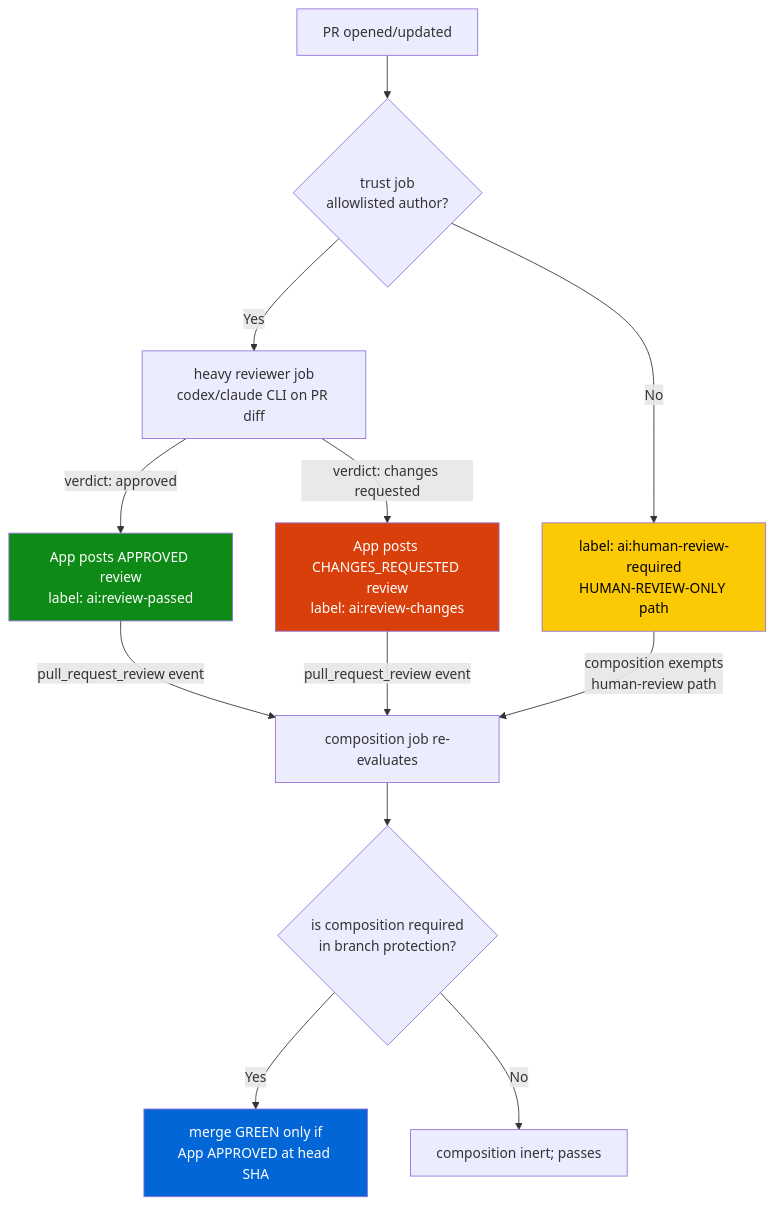
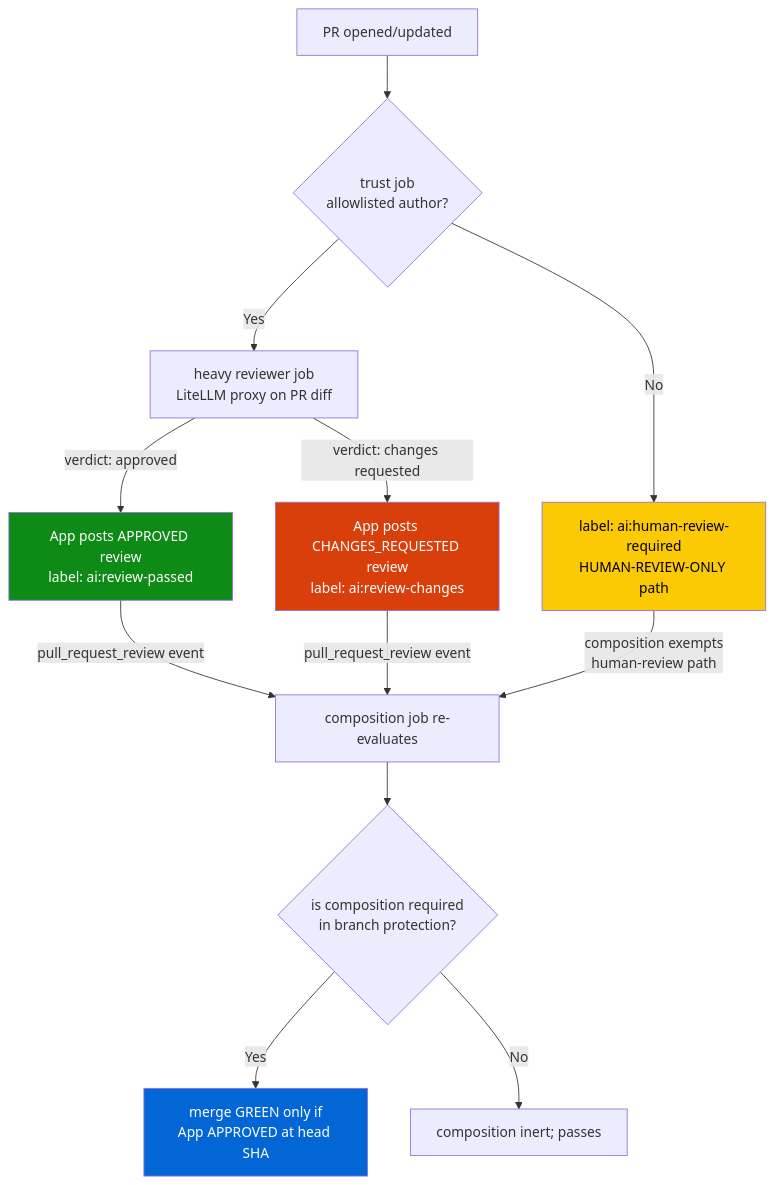
The diagram in docs/architecture.md (vladm3105/aidoc-flow-ci), drawn with Mermaid before and after one commit. The commit also changed other lines of this file and 62 other files, not shown here.

First line of the commit message:
feat: unify LiteLLM agents and CI runner contracts (#154)

````diff
--- a/docs/architecture.md
+++ b/docs/architecture.md
@@ -97,19 +97,19 @@
 ```mermaid
 flowchart TD
     PR[PR opened/updated] --> Trust{trust job<br/>allowlisted author?}
     Trust -->|No| Human[label: ai:human-review-required<br/>HUMAN-REVIEW-ONLY path]
-    Trust -->|Yes| Review[heavy reviewer job<br/>codex/claude CLI on PR diff]
+    Trust -->|Yes| Review[heavy reviewer job<br/>LiteLLM proxy on PR diff]
     Review -->|verdict: approved| Approve[App posts APPROVED review<br/>label: ai:review-passed]
     Review -->|verdict: changes requested| Changes[App posts CHANGES_REQUESTED review<br/>label: ai:review-changes]
     Approve -->|pull_request_review event| Comp[composition job re-evaluates]
     Changes -->|pull_request_review event| Comp
     Human -->|composition exempts<br/>human-review path| Comp
     Comp --> Required{is composition required<br/>in branch protection?}
     Required -->|Yes| Gate[merge GREEN only if<br/>App APPROVED at head SHA]
     Required -->|No| Inert[composition inert; passes]
 
     style Approve fill:#0e8a16,color:#fff
     style Changes fill:#d93f0b,color:#fff
     style Human fill:#fbca04,color:#000
     style Gate fill:#0366d6,color:#fff
 ```
````
